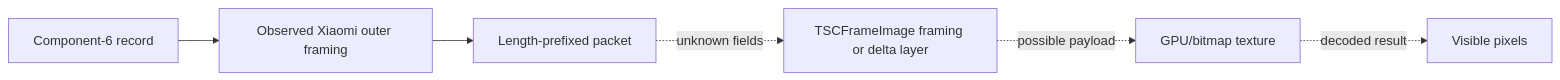
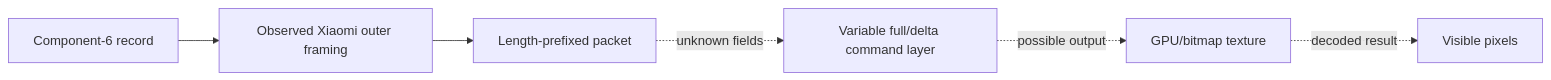
Before and after one commit to Just-Nova23/Xiaomi-Watch-S1-Active-Modding: the diagram in docs/gui-asset-lab.md, drawn with Mermaid. The commit also changed other lines of this file and 16 other files, not shown here.

Commit message:
Decode TSCFrameImage format and add tooling

````diff
--- a/docs/gui-asset-lab.md
+++ b/docs/gui-asset-lab.md
@@ -159,8 +164,8 @@
 ```mermaid
 flowchart LR
   RECORD[Component-6 record] --> OUTER[Observed Xiaomi outer framing]
   OUTER --> PACKET[Length-prefixed packet]
-  PACKET -. unknown fields .-> FRAME[TSCFrameImage framing or delta layer]
-  FRAME -. possible payload .-> TEXTURE[GPU/bitmap texture]
+  PACKET -. unknown fields .-> FRAME[Variable full/delta command layer]
+  FRAME -. possible output .-> TEXTURE[GPU/bitmap texture]
   TEXTURE -. decoded result .-> PIXELS[Visible pixels]
 ```
````
